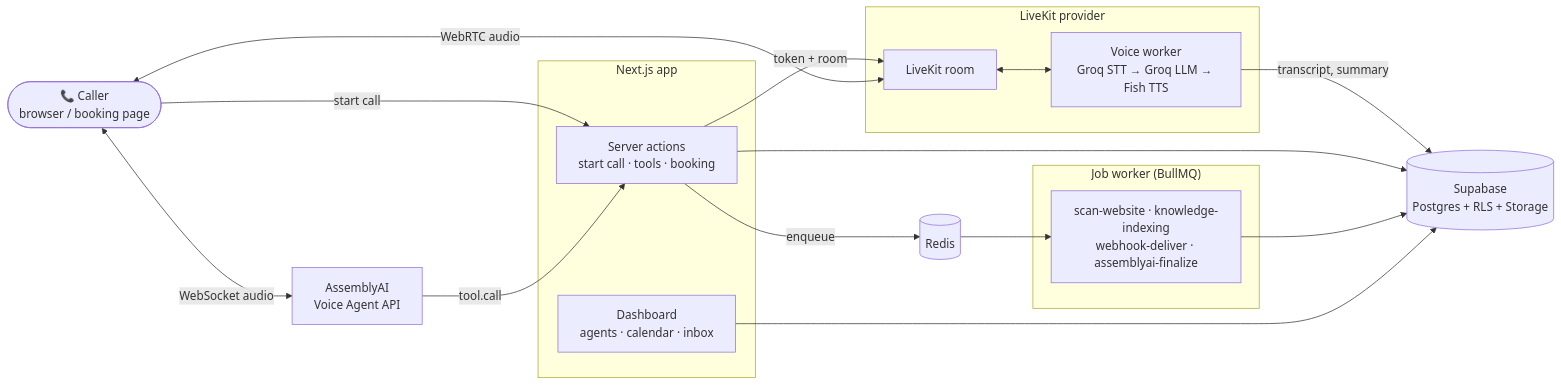
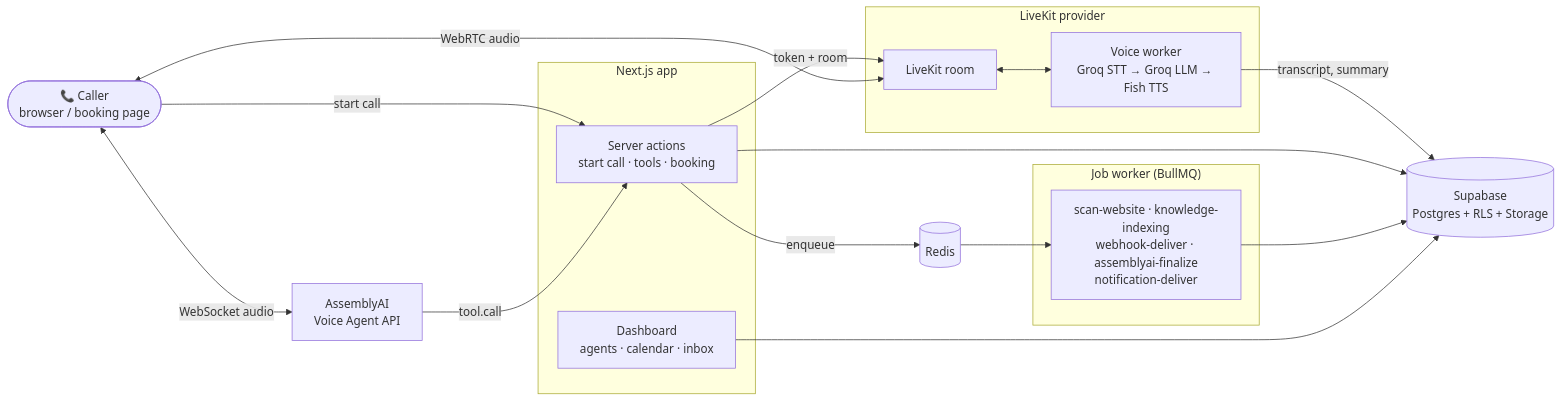
One commit to Sainigurnoor511/frontdesk-ai changed the diagram in README.md. Above: the diagram before and after it, drawn with Mermaid. The commit also changed other lines of this file and 4 other files, not shown here.

````diff
--- a/README.md
+++ b/README.md
@@ -145,36 +145,36 @@
 ```mermaid
 flowchart LR
     Caller(["📞 Caller<br/>browser / booking page"])
 
     subgraph App["Next.js app"]
         Actions["Server actions<br/>start call · tools · booking"]
         Dash["Dashboard<br/>agents · calendar · inbox"]
     end
 
     subgraph LK["LiveKit provider"]
         Room["LiveKit room"]
         Voice["Voice worker<br/>Groq STT → Groq LLM → Fish TTS"]
     end
 
     AAI["AssemblyAI<br/>Voice Agent API"]
 
     subgraph Jobs["Job worker (BullMQ)"]
-        Q["scan-website · knowledge-indexing<br/>webhook-deliver · assemblyai-finalize"]
+        Q["scan-website · knowledge-indexing<br/>webhook-deliver · assemblyai-finalize<br/>notification-deliver"]
     end
 
     DB[("Supabase<br/>Postgres + RLS + Storage")]
     Redis[("Redis")]
 
     Caller -->|start call| Actions
     Actions -->|token + room| Room
     Caller <-->|WebRTC audio| Room
     Room <--> Voice
     Caller <-->|WebSocket audio| AAI
     AAI -->|tool.call| Actions
     Voice -->|transcript, summary| DB
     Actions --> DB
     Actions -->|enqueue| Redis
     Redis --> Q
     Q --> DB
     Dash --> DB
 ```
````
